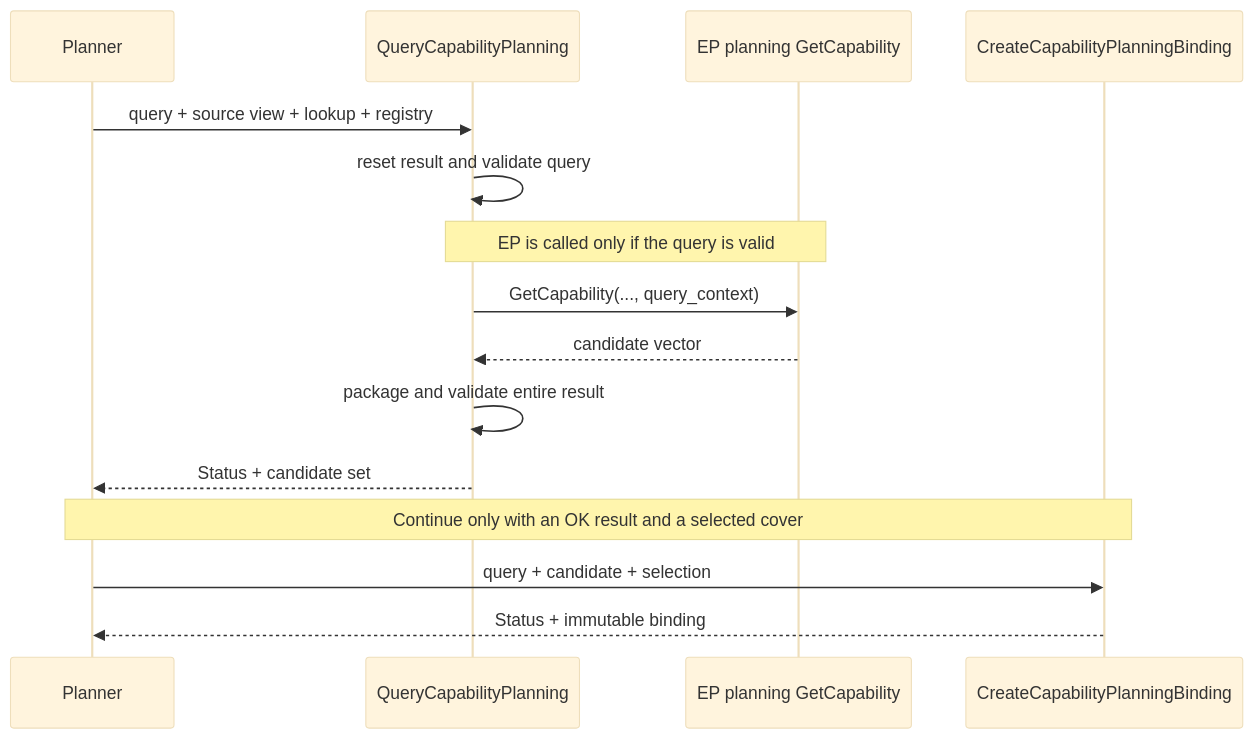
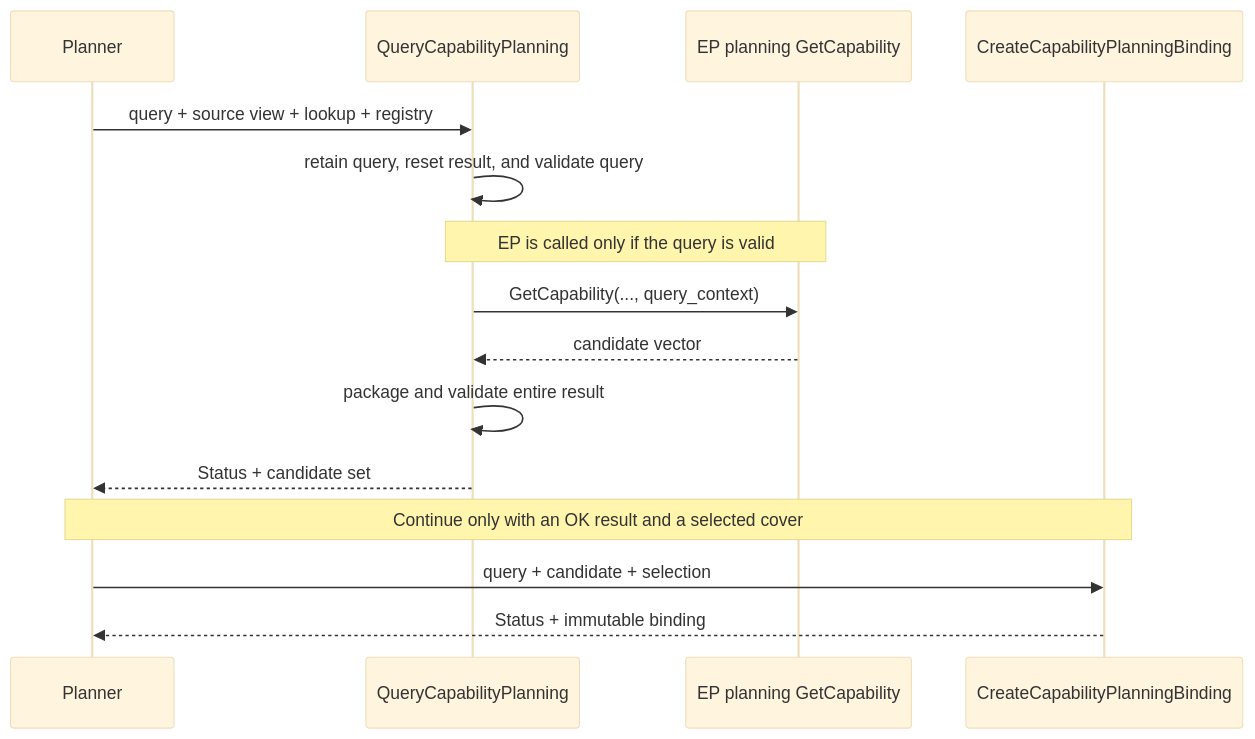
One commit to microsoft/onnxruntime changed the second of 3 diagrams in docs/annotated_partitioning/capability_planning_interfaces.md. Above: the diagram before and after it, drawn with Mermaid (base theme). The commit also changed other lines of this file and 3 other files, not shown here.

````diff
--- a/docs/annotated_partitioning/capability_planning_interfaces.md
+++ b/docs/annotated_partitioning/capability_planning_interfaces.md
@@ -298,18 +299,18 @@
 ```mermaid
 sequenceDiagram
   participant P as Planner
   participant D as QueryCapabilityPlanning
   participant E as EP planning GetCapability
   participant B as CreateCapabilityPlanningBinding
 
   P->>D: query + source view + lookup + registry
-  D->>D: reset result and validate query
+  D->>D: retain query, reset result, and validate query
   Note over D,E: EP is called only if the query is valid
   D->>E: GetCapability(..., query_context)
   E-->>D: candidate vector
   D->>D: package and validate entire result
   D-->>P: Status + candidate set
   Note over P,B: Continue only with an OK result and a selected cover
   P->>B: query + candidate + selection
   B-->>P: Status + immutable binding
 ```
````
